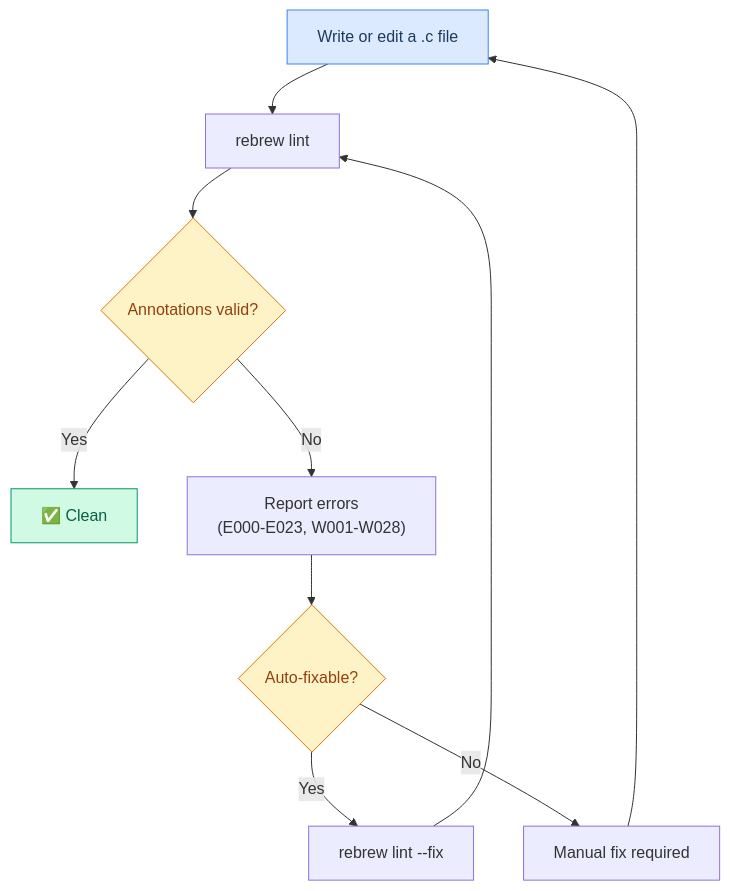
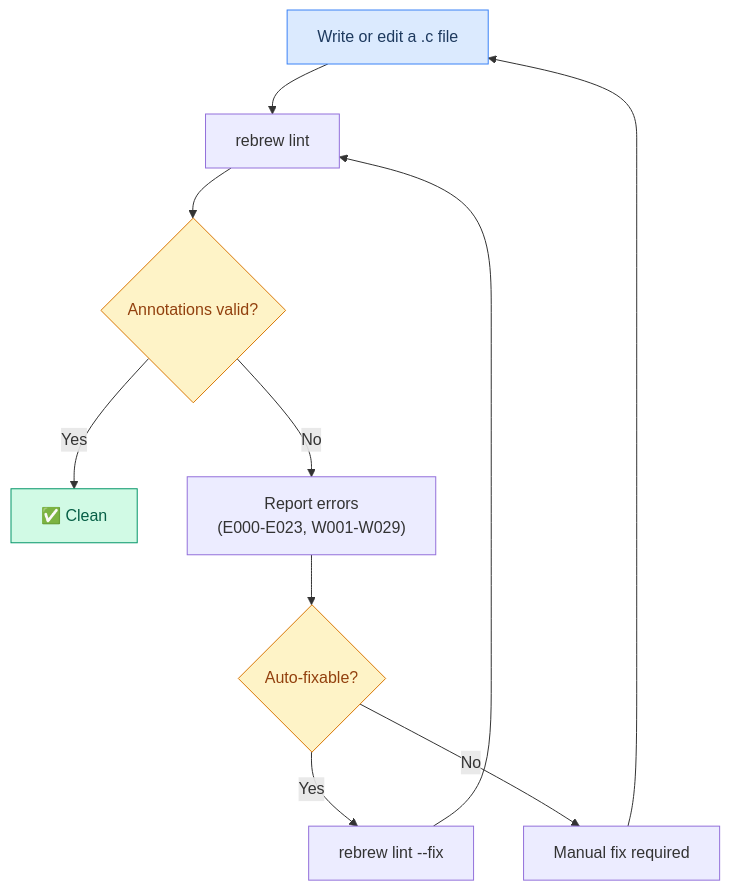
Before and after one commit to maci0/rebrew: diagram 12 of 16 in docs/USER_STORIES.md, drawn with Mermaid. The commit also changed other lines of this file and 11 other files, not shown here.

First line of the commit message:
docs, skills, flowcharts synced to the CLI; globals.status persisted

````diff
--- a/docs/USER_STORIES.md
+++ b/docs/USER_STORIES.md
@@ -402,17 +403,17 @@
 ```mermaid
 graph TD
     A["Write or edit a .c file"] --> B["rebrew lint"]
     B --> C{"Annotations valid?"}
     C -->|Yes| D["✅ Clean"]
-    C -->|No| E["Report errors<br/>(E000-E023, W001-W028)"]
+    C -->|No| E["Report errors<br/>(E000-E023, W001-W029)"]
     E --> F{"Auto-fixable?"}
     F -->|Yes| G["rebrew lint --fix"]
     G --> B
     F -->|No| H["Manual fix required"]
     H --> A
 
     style A fill:#dbeafe,stroke:#3b82f6,color:#1e3a5f
     style D fill:#d1fae5,stroke:#059669,color:#065f46
     style C fill:#fef3c7,stroke:#d97706,color:#92400e
     style F fill:#fef3c7,stroke:#d97706,color:#92400e
 ```
````
